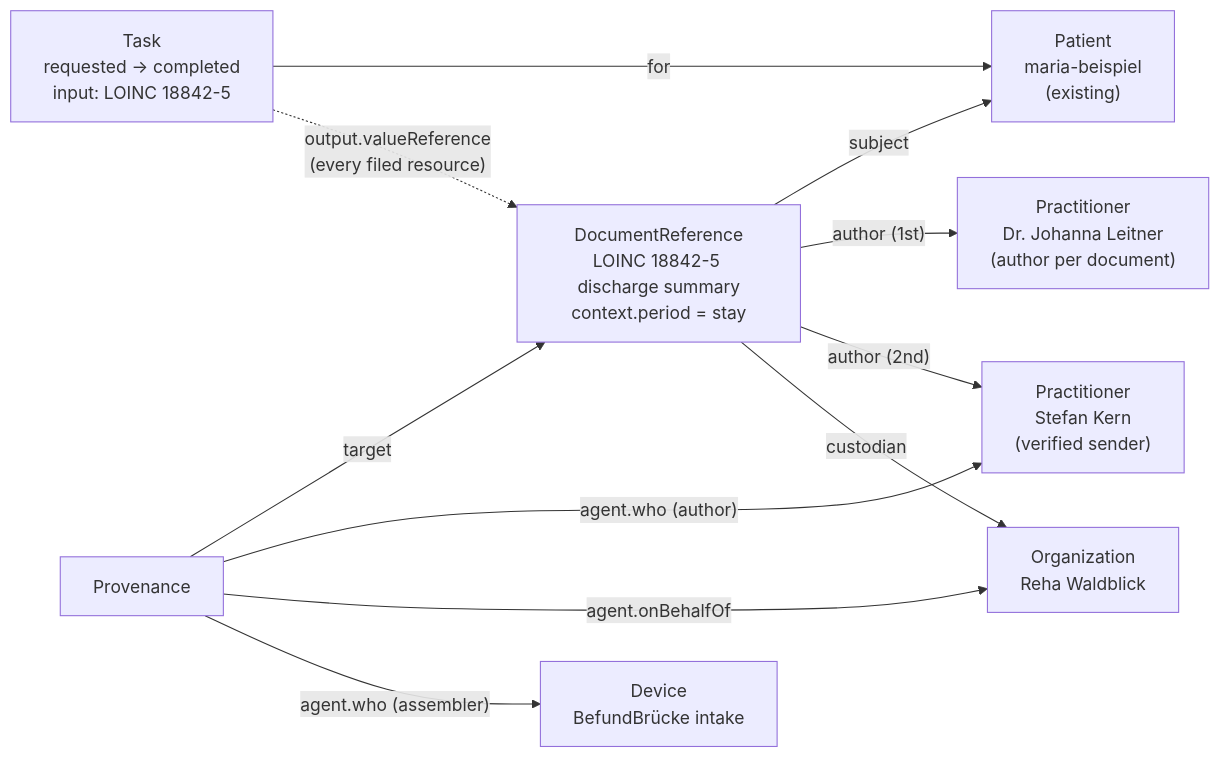
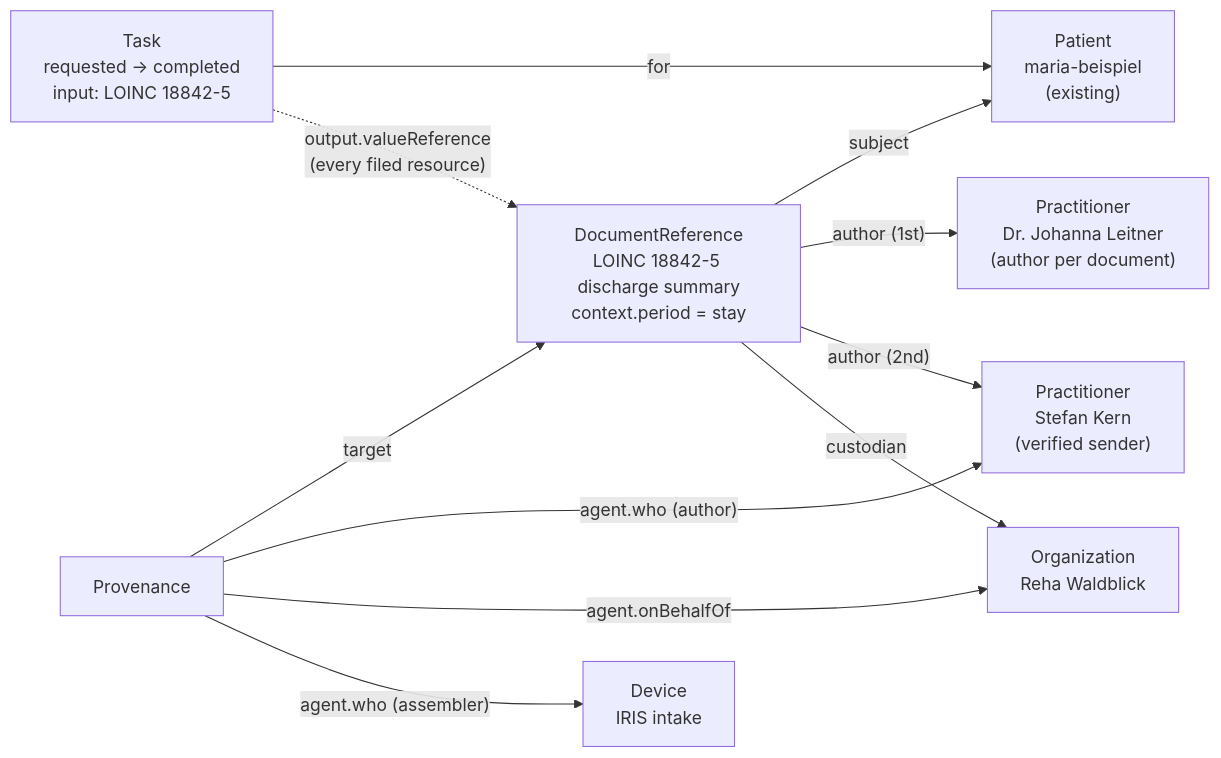
The fifth of 5 diagrams in README.md (BlackDragdroit/Clinical_AI_Hackathon), drawn with Mermaid before and after one commit. The commit also changed other lines of this file and 17 other files, not shown here.

First line of the commit message:
IRIS: the team's name and eye logo everywhere instead of BefundBrücke and the bridge mark

````diff
--- a/README.md
+++ b/README.md
@@ -224,22 +224,22 @@
 ```mermaid
 flowchart LR
   PAT["Patient<br/>maria-beispiel<br/>(existing)"]
   TASK["Task<br/>requested → completed<br/>input: LOINC 18842-5"]
   DOC["DocumentReference<br/>LOINC 18842-5 discharge summary<br/>context.period = stay"]
   PROV["Provenance"]
   AUTH["Practitioner<br/>Dr. Johanna Leitner<br/>(author per document)"]
   SEND["Practitioner<br/>Stefan Kern<br/>(verified sender)"]
   ORG["Organization<br/>Reha Waldblick"]
-  DEV["Device<br/>BefundBrücke intake"]
+  DEV["Device<br/>IRIS intake"]
 
   TASK -->|for| PAT
   TASK -.->|"output.valueReference<br/>(every filed resource)"| DOC
   DOC -->|subject| PAT
   DOC -->|"author (1st)"| AUTH
   DOC -->|"author (2nd)"| SEND
   DOC -->|custodian| ORG
   PROV -->|target| DOC
   PROV -->|"agent.who (author)"| SEND
   PROV -->|"agent.onBehalfOf"| ORG
   PROV -->|"agent.who (assembler)"| DEV
 ```
````
